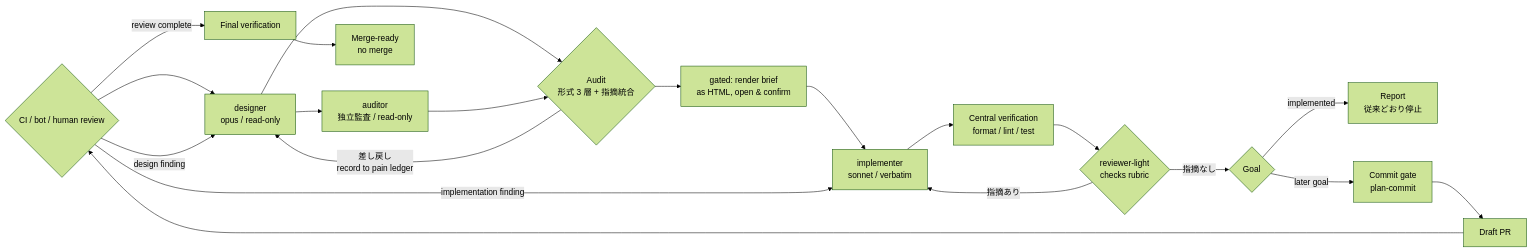
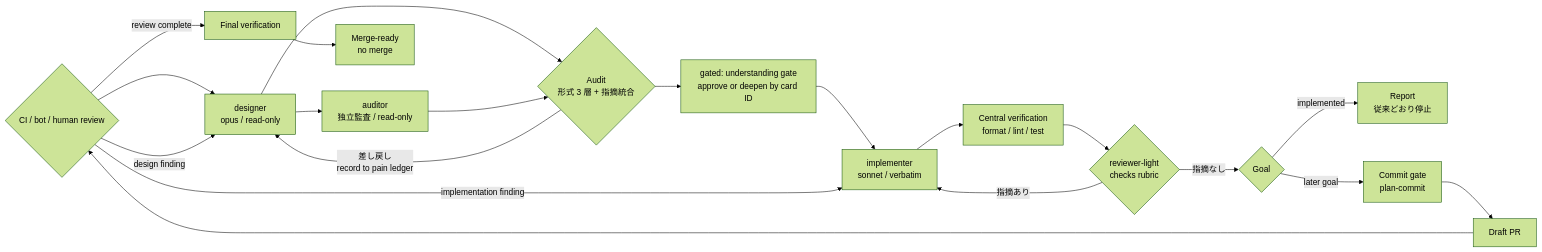
One commit to kaionn/draftsmith changed the diagram in README.md. Above: the diagram before and after it, drawn with Mermaid (forest theme). The commit also changed other lines of this file and 4 other files, not shown here.

````diff
--- a/README.md
+++ b/README.md
@@ -8,22 +8,22 @@
 ```mermaid
 flowchart LR
     R[Requirements<br/>要件正規化] --> D[designer<br/>opus / read-only]
     D --> AU[auditor<br/>独立監査 / read-only]
     D --> A{Audit<br/>形式 3 層 + 指摘統合}
     AU --> A
     A -- 差し戻し<br/>record to pain ledger --> D
-    A --> G[gated: render brief<br/>as HTML, open & confirm]
+    A --> G[gated: understanding gate<br/>approve or deepen by card ID]
     G --> I[implementer<br/>sonnet / verbatim]
     I --> V[Central verification<br/>format / lint / test]
     V --> L{reviewer-light<br/>checks rubric}
     L -- 指摘あり --> I
     L -- 指摘なし --> F{Goal}
     F -- implemented --> STOP[Report<br/>従来どおり停止]
     F -- later goal --> C[Commit gate<br/>plan-commit]
     C --> P[Draft PR]
     P --> R{CI / bot / human review}
     R -- implementation finding --> I
     R -- design finding --> D
     R -- review complete --> FV[Final verification]
     FV --> MR[Merge-ready<br/>no merge]
 ```
````
